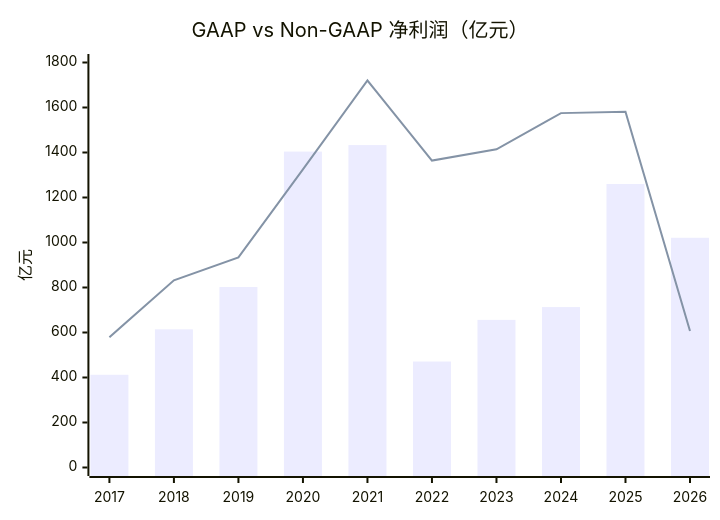
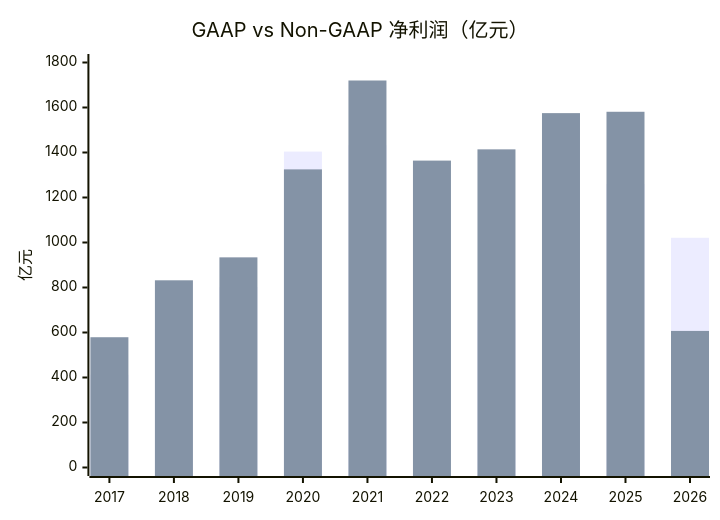
The sixth of 18 diagrams in 阿里巴巴-投研分析.md (zengfancy/alibaba), drawn with Mermaid before and after one commit. The commit also changed other lines of this file and 1 other file, not shown here.

````diff
--- a/阿里巴巴-投研分析.md
+++ b/阿里巴巴-投研分析.md
@@ -248,8 +224,8 @@
 ```mermaid
 xychart-beta
     title "GAAP vs Non-GAAP 净利润（亿元）"
     x-axis [2017, 2018, 2019, 2020, 2021, 2022, 2023, 2024, 2025, 2026]
     y-axis "亿元" 0 --> 1800
     bar [412, 614, 802, 1404, 1433, 471, 656, 713, 1260, 1021]
-    line [579, 832, 934, 1325, 1720, 1364, 1414, 1575, 1581, 607]
+    bar [579, 832, 934, 1325, 1720, 1364, 1414, 1575, 1581, 607]
 ```
````
